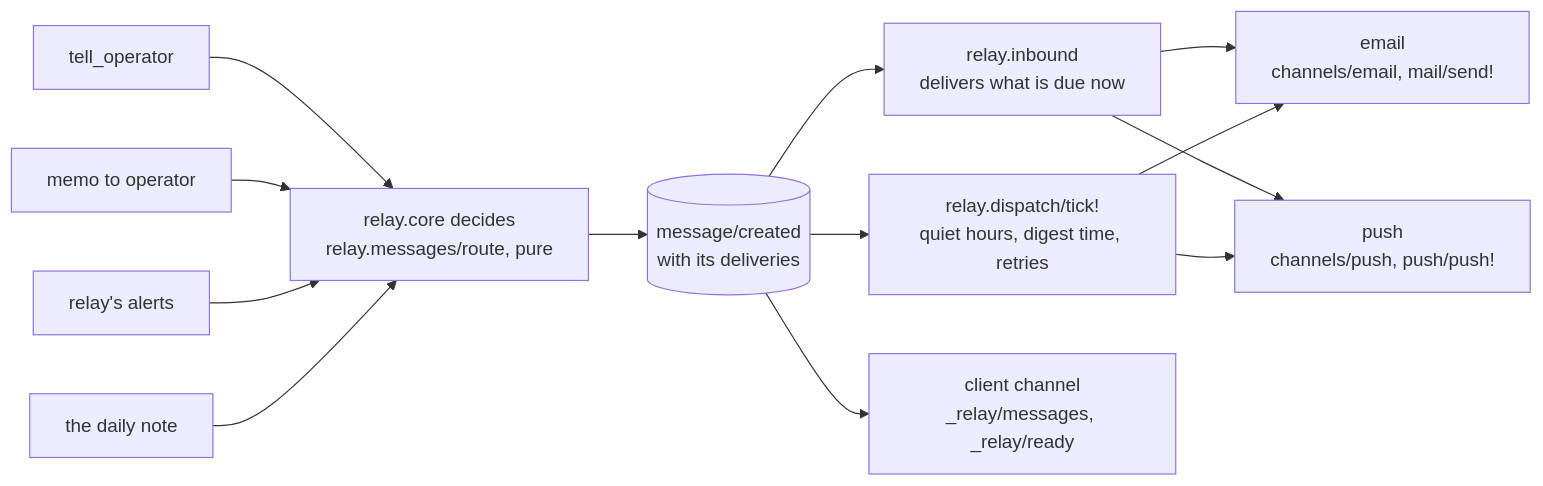
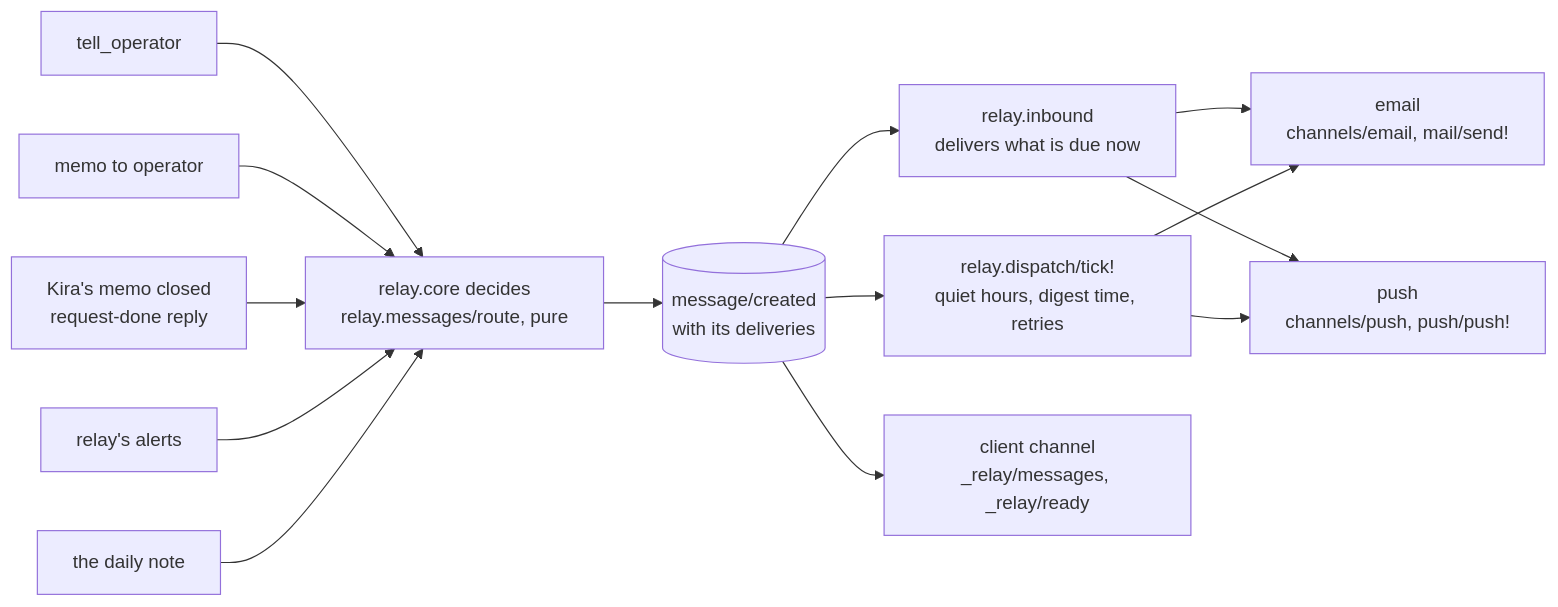
The eighth of 16 diagrams in docs/architecture.md (kirahowe/relay), drawn with Mermaid before and after one commit. The commit also changed other lines of this file, not shown here.

First line of the commit message:
Bring the architecture page up to date with main

````diff
--- a/docs/architecture.md
+++ b/docs/architecture.md
@@ -305,15 +373,16 @@
 ```mermaid
 flowchart LR
     tell["tell_operator"] --> core
     memo["memo to operator"] --> core
+    done["Kira's memo closed<br/>request-done reply"] --> core
     alert["relay's alerts"] --> core
     note["the daily note"] --> core
     core["relay.core decides<br/>relay.messages/route, pure"] --> created[("message/created<br/>with its deliveries")]
     created --> now["relay.inbound<br/>delivers what is due now"]
     created --> later["relay.dispatch/tick!<br/>quiet hours, digest time, retries"]
     now --> email["email<br/>channels/email, mail/send!"]
     now --> pushc["push<br/>channels/push, push/push!"]
     later --> email
     later --> pushc
     created --> client["client channel<br/>_relay/messages, _relay/ready"]
 ```
````
